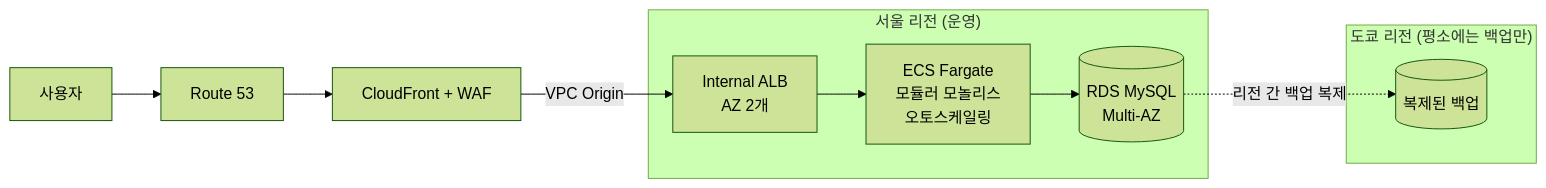
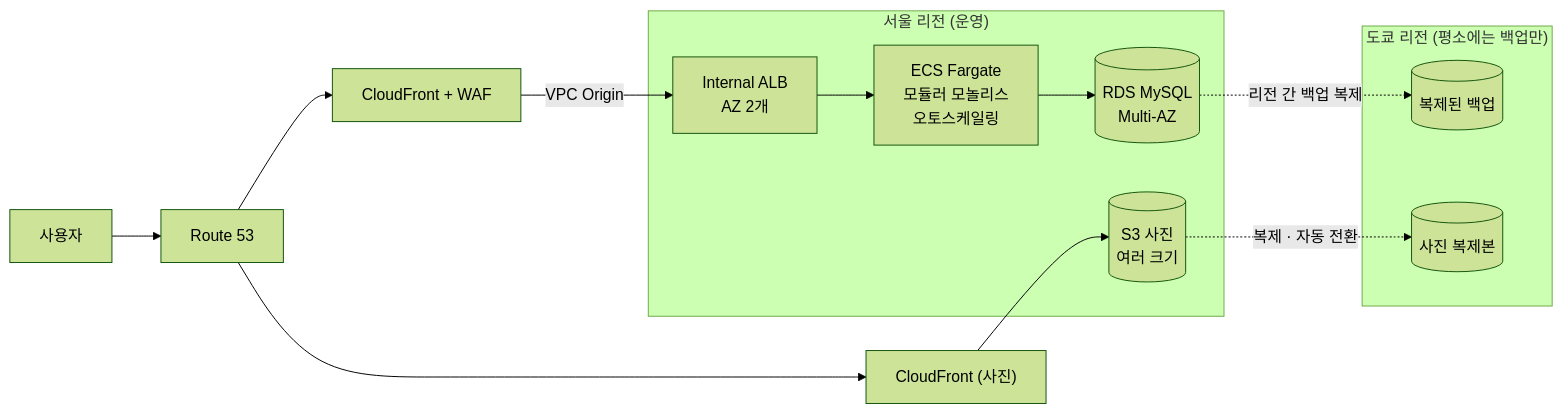
One commit to yubin05/hotel-booking-aws-v2 changed the diagram in README.md. Above: the diagram before and after it, drawn with Mermaid (forest theme). The commit also changed other lines of this file and 6 other files, not shown here.

````diff
--- a/README.md
+++ b/README.md
@@ -35,16 +35,21 @@
 ```mermaid
 flowchart LR
     user["사용자"] --> r53["Route 53"]
     r53 --> cf["CloudFront + WAF"]
+    r53 --> cfimg["CloudFront (사진)"]
     subgraph seoul["서울 리전 (운영)"]
         alb["Internal ALB<br/>AZ 2개"]
         ecs["ECS Fargate<br/>모듈러 모놀리스<br/>오토스케일링"]
         rds[("RDS MySQL<br/>Multi-AZ")]
         alb --> ecs --> rds
+        s3img[("S3 사진<br/>여러 크기")]
     end
     cf -- "VPC Origin" --> alb
+    cfimg --> s3img
     subgraph tokyo["도쿄 리전 (평소에는 백업만)"]
         bak[("복제된 백업")]
+        s3tk[("사진 복제본")]
     end
     rds -. "리전 간 백업 복제" .-> bak
+    s3img -. "복제 · 자동 전환" .-> s3tk
 ```
````
